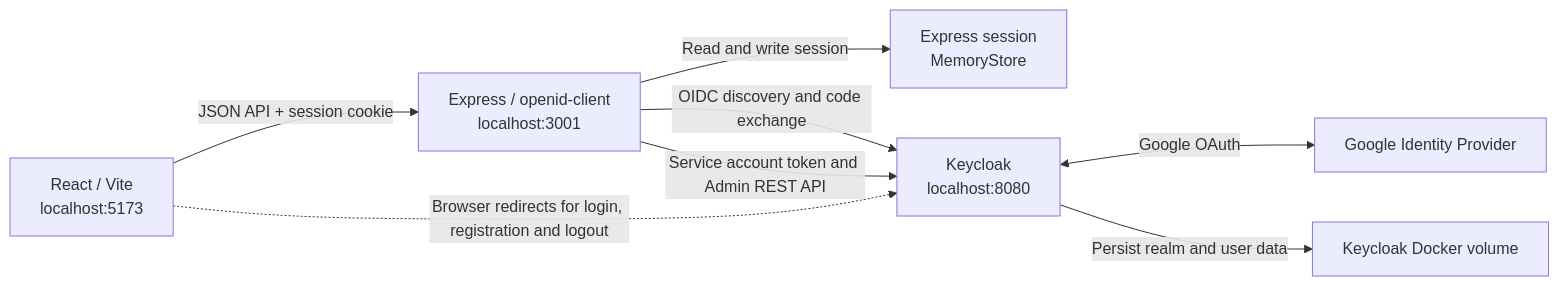
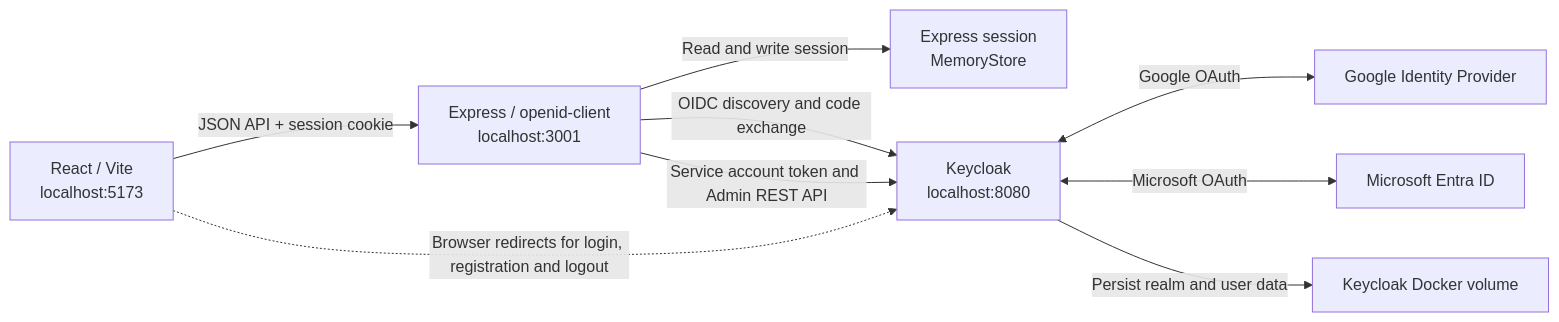
One commit to tanawatsa-tle/keycloak-auth-project changed the first of 2 diagrams in Readme.md. Above: the diagram before and after it, drawn with Mermaid. The commit also changed other lines of this file, not shown here.

````diff
--- a/Readme.md
+++ b/Readme.md
@@ -7,17 +7,19 @@
 ```mermaid
 flowchart LR
     Web["React / Vite<br/>localhost:5173"]
     API["Express / openid-client<br/>localhost:3001"]
     Store["Express session<br/>MemoryStore"]
     KC["Keycloak<br/>localhost:8080"]
     Google["Google Identity Provider"]
+    Microsoft["Microsoft Entra ID"]
     Data["Keycloak Docker volume"]
 
     Web -->|"JSON API + session cookie"| API
     API -->|"Read and write session"| Store
     API -->|"OIDC discovery and code exchange"| KC
     API -->|"Service account token and Admin REST API"| KC
     Web -.->|"Browser redirects for login, registration and logout"| KC
     KC <-->|"Google OAuth"| Google
+    KC <-->|"Microsoft OAuth"| Microsoft
     KC -->|"Persist realm and user data"| Data
 ```
````
